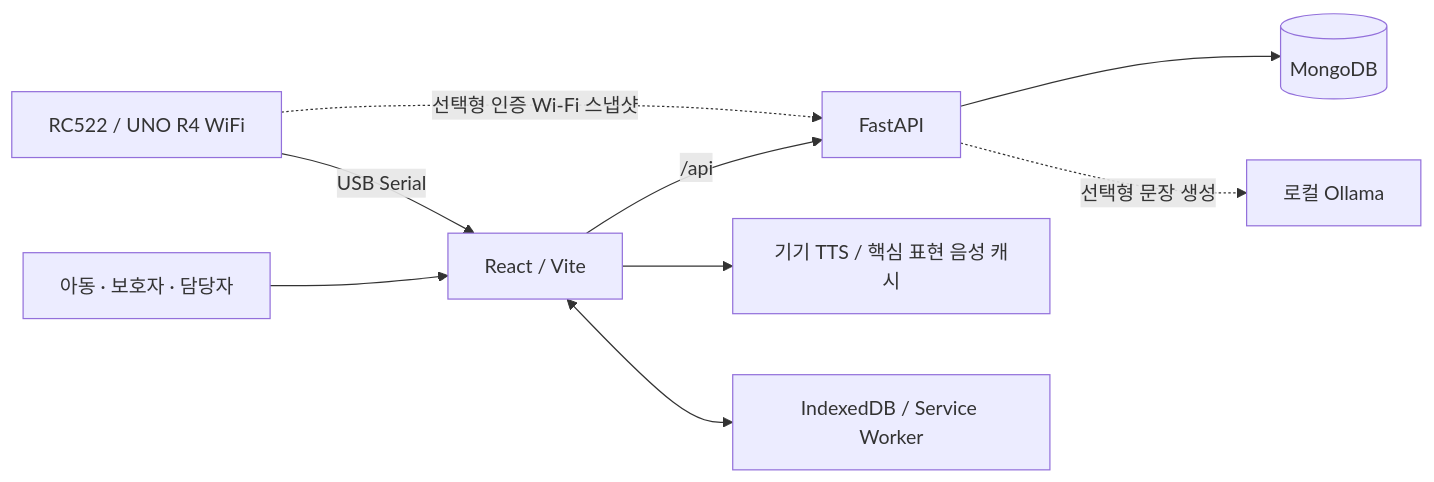
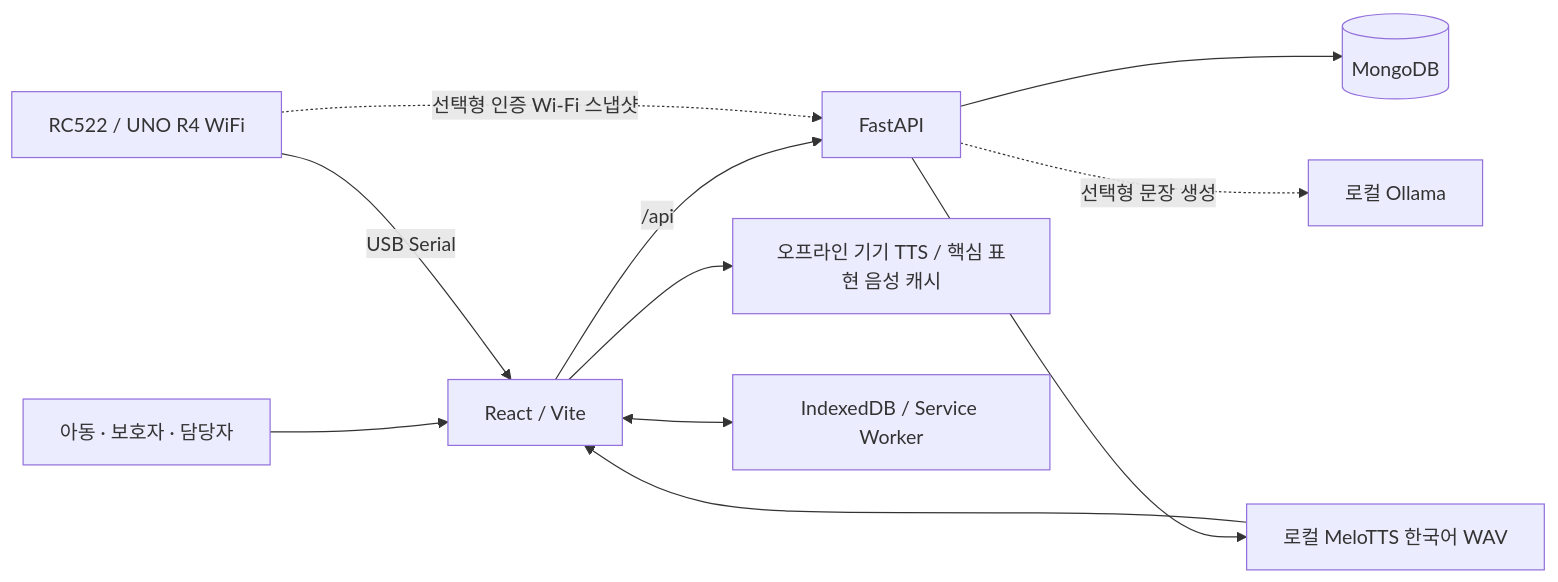
One commit to PECS-MATE/pesc-mate changed the diagram in README.md. Above: the diagram before and after it, drawn with Mermaid. The commit also changed other lines of this file and 13 other files, not shown here.

````diff
--- a/README.md
+++ b/README.md
@@ -135,11 +137,13 @@
 ```mermaid
 flowchart LR
     User["아동 · 보호자 · 담당자"] --> Web["React / Vite"]
     Web -->|/api| API["FastAPI"]
     RFID["RC522 / UNO R4 WiFi"] -->|"USB Serial"| Web
     RFID -. "선택형 인증 Wi-Fi 스냅샷" .-> API
     API --> DB[("MongoDB")]
     API -. "선택형 문장 생성" .-> LLM["로컬 Ollama"]
-    Web --> Voice["기기 TTS / 핵심 표현 음성 캐시"]
+    API --> Melo["로컬 MeloTTS 한국어 WAV"]
+    Melo --> Web
+    Web --> Voice["오프라인 기기 TTS / 핵심 표현 음성 캐시"]
     Web <--> Cache["IndexedDB / Service Worker"]
 ```
````
